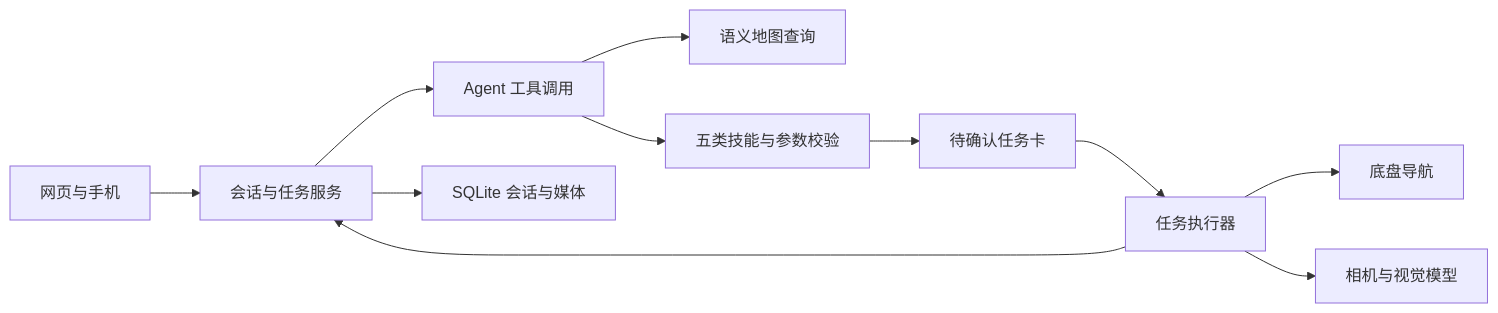
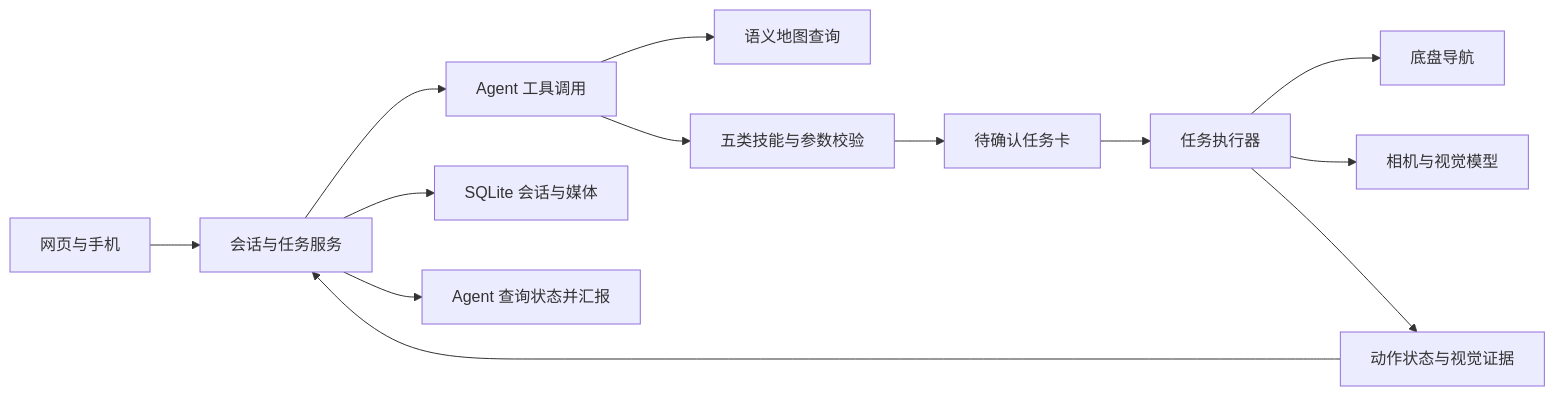
The diagram in README.md (wang1299/JAKA-Robot-Agent), drawn with Mermaid before and after one commit. The commit also changed other lines of this file and 27 other files, not shown here.

````diff
--- a/README.md
+++ b/README.md
@@ -76,13 +85,15 @@
 ```mermaid
 flowchart LR
     User[网页与手机] --> Web[会话与任务服务]
     Web --> Agent[Agent 工具调用]
     Agent --> Map[语义地图查询]
     Agent --> Skills[五类技能与参数校验]
     Skills --> Confirm[待确认任务卡]
     Confirm --> Executor[任务执行器]
     Executor --> Nav[底盘导航]
     Executor --> Vision[相机与视觉模型]
     Web --> Store[SQLite 会话与媒体]
-    Executor --> Web
+    Executor --> Feedback[动作状态与视觉证据]
+    Feedback --> Web
+    Web --> Report[Agent 查询状态并汇报]
 ```
````
